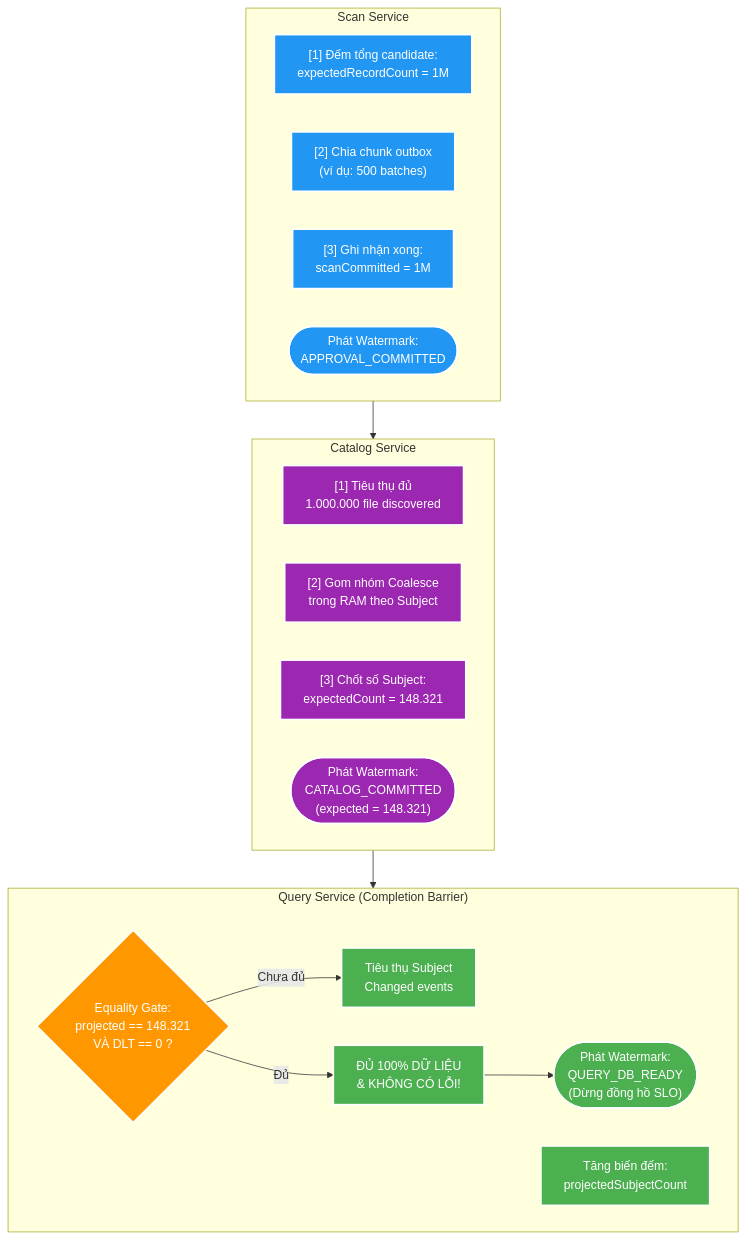
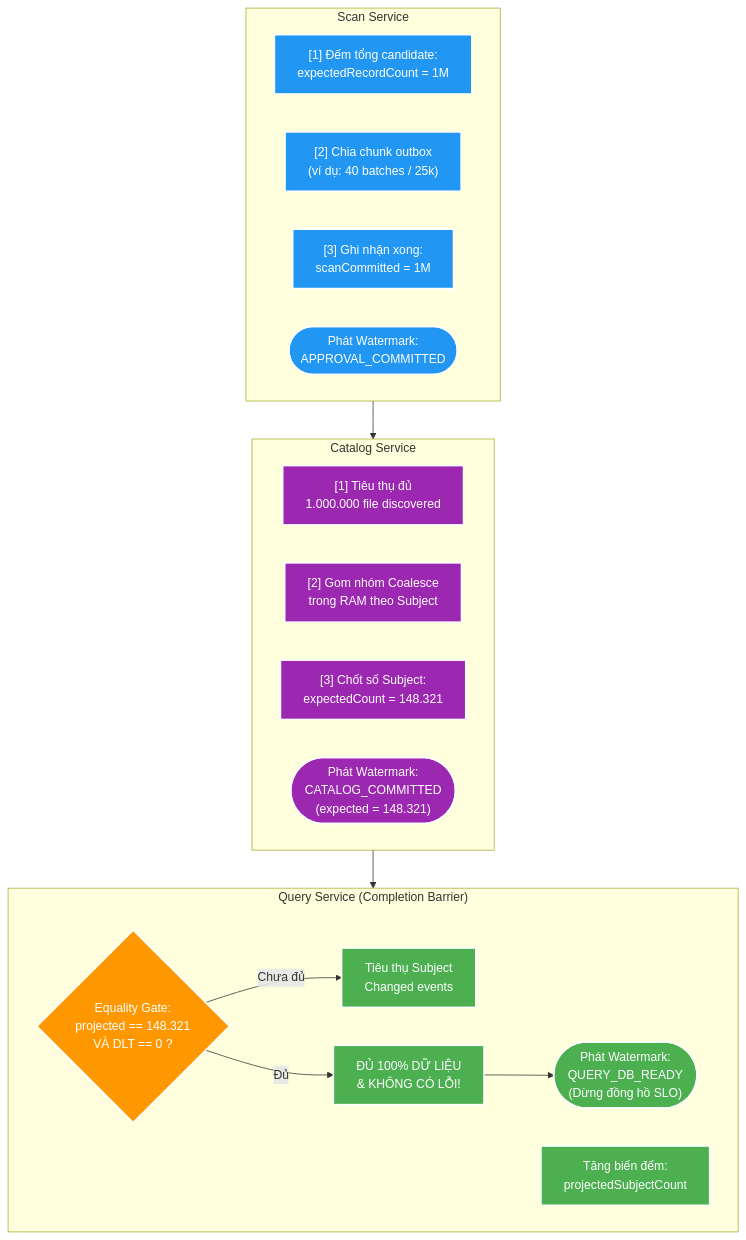
The first of 2 diagrams in manual/learning/use-cases/scale-capacity/sc-01-scan-one-million-filesystem-entry/references/explain-bt09a-watermark-and-completion-barrier.md (HungPhan200591/file-mngt-be-v2), drawn with Mermaid before and after one commit. The commit also changed other lines of this file and 4 other files, not shown here.

````diff
--- a/manual/learning/use-cases/scale-capacity/sc-01-scan-one-million-filesystem-entry/references/explain-bt09a-watermark-and-completion-barrier.md
+++ b/manual/learning/use-cases/scale-capacity/sc-01-scan-one-million-filesystem-entry/references/explain-bt09a-watermark-and-completion-barrier.md
@@ -38,44 +38,44 @@
 ```mermaid
 flowchart TD
     subgraph SCAN_PHASE["Scan Service"]
         S1["[1] Đếm tổng candidate:<br/>expectedRecordCount = 1M"]
-        S2["[2] Chia chunk outbox<br/>(ví dụ: 500 batches)"]
+        S2["[2] Chia chunk outbox<br/>(ví dụ: 40 batches / 25k)"]
         S3["[3] Ghi nhận xong:<br/>scanCommitted = 1M"]
         S4(["Phát Watermark:<br/>APPROVAL_COMMITTED"])
     end
 
     subgraph CATALOG_PHASE["Catalog Service"]
         C1["[1] Tiêu thụ đủ<br/>1.000.000 file discovered"]
         C2["[2] Gom nhóm Coalesce<br/>trong RAM theo Subject"]
         C3["[3] Chốt số Subject:<br/>expectedCount = 148.321"]
         C4(["Phát Watermark:<br/>CATALOG_COMMITTED<br/>(expected = 148.321)"])
     end
 
     subgraph QUERY_PHASE["Query Service (Completion Barrier)"]
         Q1["Tiêu thụ Subject<br/>Changed events"]
         Q2["Tăng biến đếm:<br/>projectedSubjectCount"]
         Q3{"Equality Gate:<br/>projected == 148.321<br/>VÀ DLT == 0 ?"}
         Q4["ĐỦ 100% DỮ LIỆU<br/>&amp; KHÔNG CÓ LỖI!"]
         Q5(["Phát Watermark:<br/>QUERY_DB_READY<br/>(Dừng đồng hồ SLO)"])
     end
 
     SCAN_PHASE --> CATALOG_PHASE --> QUERY_PHASE
     Q3 -->|"Chưa đủ"| Q1
     Q3 -->|"Đủ"| Q4 --> Q5
 
     style S1 fill:#2196F3,stroke:#fff,stroke-width:2px,color:#fff
     style S2 fill:#2196F3,stroke:#fff,stroke-width:2px,color:#fff
     style S3 fill:#2196F3,stroke:#fff,stroke-width:2px,color:#fff
     style S4 fill:#2196F3,stroke:#fff,stroke-width:2px,color:#fff
 
     style C1 fill:#9C27B0,stroke:#fff,stroke-width:2px,color:#fff
     style C2 fill:#9C27B0,stroke:#fff,stroke-width:2px,color:#fff
     style C3 fill:#9C27B0,stroke:#fff,stroke-width:2px,color:#fff
     style C4 fill:#9C27B0,stroke:#fff,stroke-width:2px,color:#fff
 
     style Q1 fill:#4CAF50,stroke:#fff,stroke-width:2px,color:#fff
     style Q2 fill:#4CAF50,stroke:#fff,stroke-width:2px,color:#fff
     style Q3 fill:#FF9800,stroke:#fff,stroke-width:2px,color:#fff
     style Q4 fill:#4CAF50,stroke:#fff,stroke-width:2px,color:#fff
     style Q5 fill:#4CAF50,stroke:#fff,stroke-width:2px,color:#fff
 ```
````
